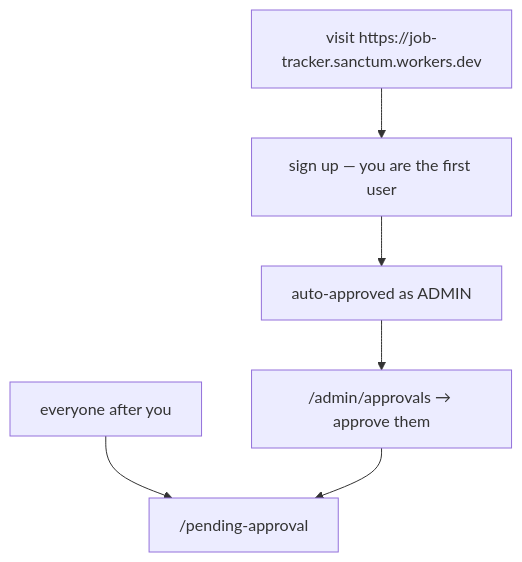
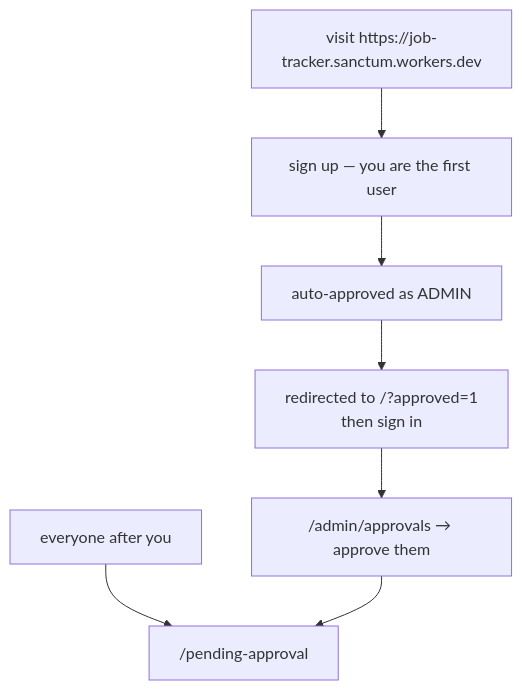
The third of 5 diagrams in docs/deployment.md (c0k0n/job-tracker), drawn with Mermaid before and after one commit. The commit also changed other lines of this file and 45 other files, not shown here.

````diff
--- a/docs/deployment.md
+++ b/docs/deployment.md
@@ -133,8 +133,9 @@
 ```mermaid
 flowchart TD
     A["visit https://job-tracker.sanctum.workers.dev"] --> B["sign up — you are the first user"]
     B --> C["auto-approved as ADMIN"]
+    C --> G["redirected to /?approved=1<br/>then sign in"]
     D["everyone after you"] --> E["/pending-approval"]
-    C --> F["/admin/approvals → approve them"]
+    G --> F["/admin/approvals → approve them"]
     F --> E
 ```
````
